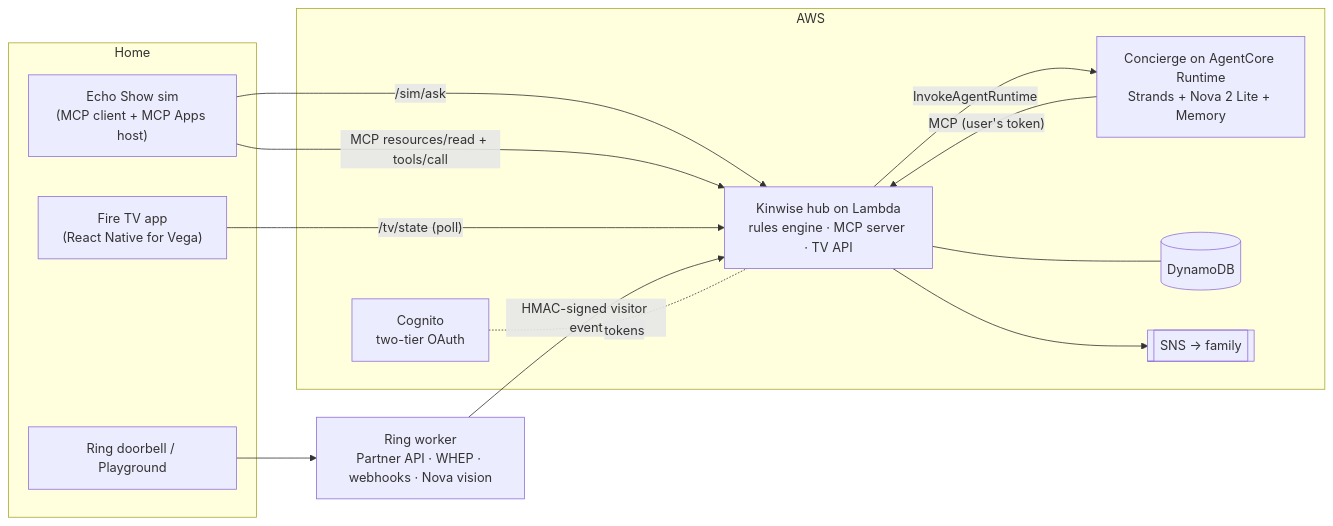
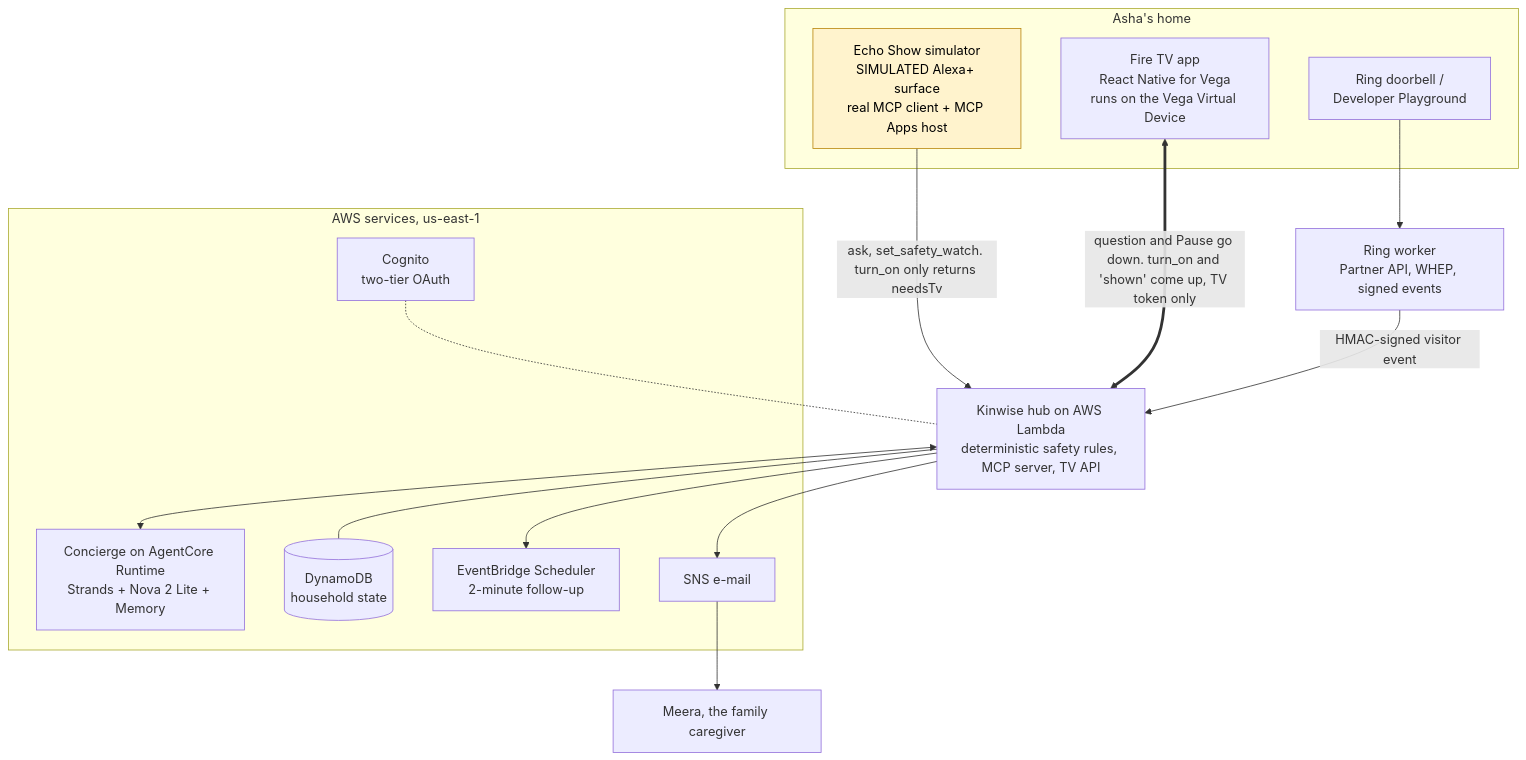
The first of 2 diagrams in README.md (Unknown1502/Kinwise), drawn with Mermaid before and after one commit. The commit also changed other lines of this file, not shown here.

Commit message:
docs: README architecture diagram shows the consent boundary; add the warning-to-Pause sequence diagram

````diff
--- a/README.md
+++ b/README.md
@@ -49,25 +49,28 @@
 ```mermaid
-flowchart LR
-  subgraph Home
-    Echo["Echo Show sim<br/>(MCP client + MCP Apps host)"]
-    TV["Fire TV app<br/>(React Native for Vega)"]
-    Ring["Ring doorbell / Playground"]
+flowchart TB
+  subgraph Home["Asha's home"]
+    Echo["Echo Show simulator<br/>SIMULATED Alexa+ surface<br/>real MCP client + MCP Apps host"]
+    TV["Fire TV app<br/>React Native for Vega<br/>runs on the Vega Virtual Device"]
+    Ring["Ring doorbell /<br/>Developer Playground"]
   end
-  subgraph AWS
-    Hub["Kinwise hub on Lambda<br/>rules engine · MCP server · TV API"]
+  Worker["Ring worker<br/>Partner API, WHEP, signed events"]
+  Hub["Kinwise hub on AWS Lambda<br/>deterministic safety rules, MCP server, TV API"]
+  subgraph AWS["AWS services, us-east-1"]
     Concierge["Concierge on AgentCore Runtime<br/>Strands + Nova 2 Lite + Memory"]
-    DDB[(DynamoDB)]
-    SNS[[SNS → family]]
-    Cog[Cognito<br/>two-tier OAuth]
+    DDB[("DynamoDB<br/>household state")]
+    Sched["EventBridge Scheduler<br/>2-minute follow-up"]
+    Cog["Cognito<br/>two-tier OAuth"]
+    SNS["SNS e-mail"]
   end
-  Worker["Ring worker<br/>Partner API · WHEP · webhooks · Nova vision"]
-  Echo -- "/sim/ask" --> Hub
-  Hub -- "InvokeAgentRuntime" --> Concierge
-  Concierge -- "MCP (user's token)" --> Hub
-  Echo -- "MCP resources/read + tools/call" --> Hub
-  TV -- "/tv/state (poll)" --> Hub
+  Meera["Meera, the family caregiver"]
+  Echo -- "ask, set_safety_watch. turn_on only returns needsTv" --> Hub
+  TV <== "question and Pause go down. turn_on and 'shown' come up, TV token only" ==> Hub
   Ring --> Worker -- "HMAC-signed visitor event" --> Hub
+  Hub <--> Concierge
   Hub --- DDB
-  Hub --> SNS
-  Cog -. tokens .- Hub
+  Hub --> Sched
+  Cog -.- Hub
+  Hub --> SNS --> Meera
+  classDef sim fill:#fff3cd,stroke:#b8860b,color:#000;
+  class Echo sim
 ```
````
